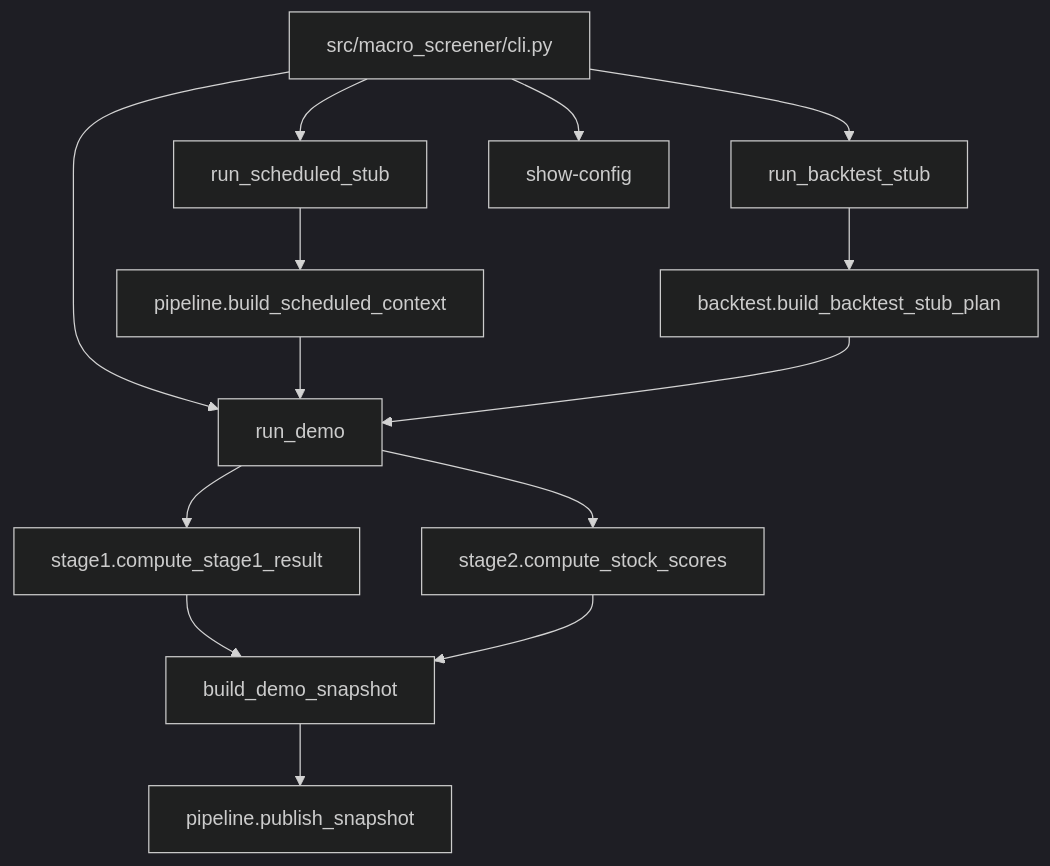
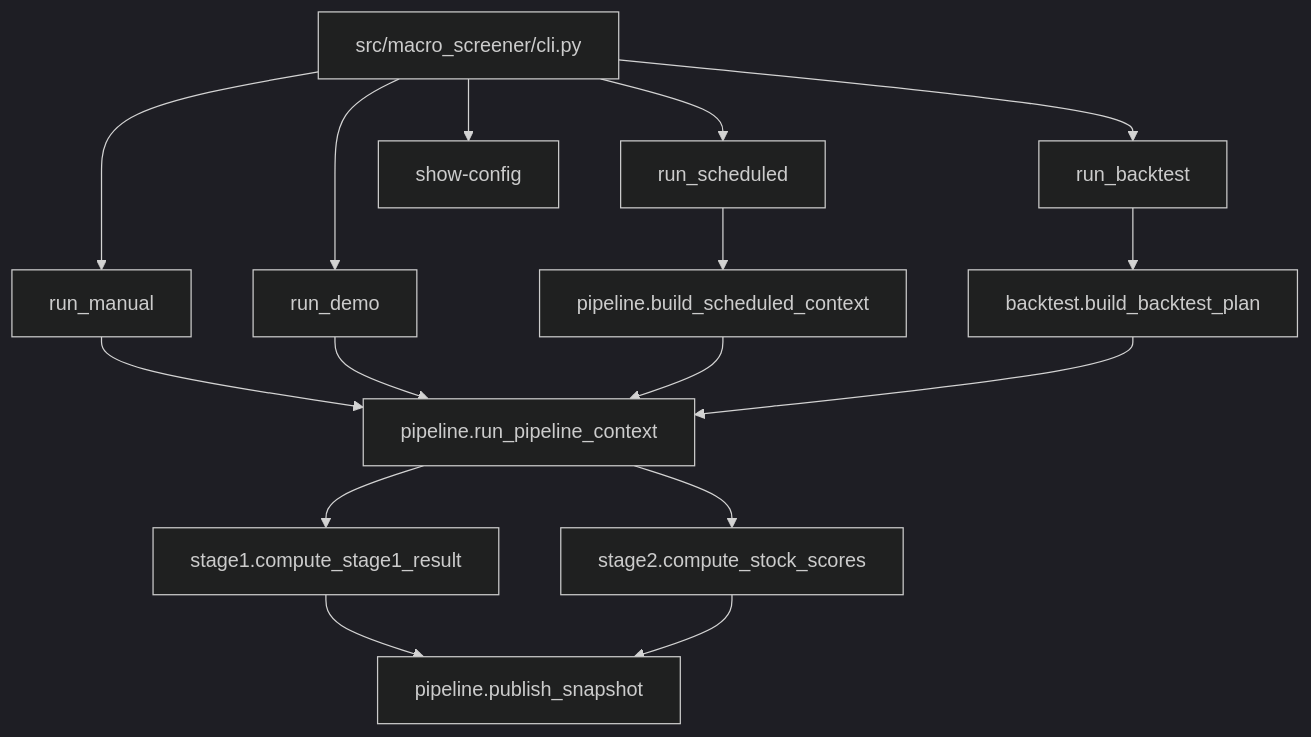
Before and after one commit to PJH-02/macro: the second of 3 diagrams in README.md, drawn with Mermaid (dark theme). The commit also changed other lines of this file and 26 other files, not shown here.

````diff
--- a/README.md
+++ b/README.md
@@ -186,19 +194,20 @@
 ```mermaid
 flowchart TD
-    CLI[src/macro_screener/cli.py] --> DEMO[run_demo]
-    CLI --> SCHED[run_scheduled_stub]
-    CLI --> BT[run_backtest_stub]
+    CLI[src/macro_screener/cli.py] --> MANUAL[run_manual]
+    CLI --> DEMO[run_demo]
+    CLI --> SCHED[run_scheduled]
+    CLI --> BT[run_backtest]
     CLI --> CFG[show-config]
 
-    DEMO --> STAGE1[stage1.compute_stage1_result]
-    DEMO --> STAGE2[stage2.compute_stock_scores]
-    STAGE1 --> SNAP[build_demo_snapshot]
-    STAGE2 --> SNAP
-    SNAP --> PUB[pipeline.publish_snapshot]
+    MANUAL --> PIPE[pipeline.run_pipeline_context]
+    DEMO --> PIPE
+    SCHED --> CTX[pipeline.build_scheduled_context]
+    CTX --> PIPE
+    BT --> PLAN[backtest.build_backtest_plan]
+    PLAN --> PIPE
 
-    SCHED --> CTX[pipeline.build_scheduled_context]
-    CTX --> DEMO
-
-    BT --> PLAN[backtest.build_backtest_stub_plan]
-    PLAN --> DEMO
+    PIPE --> STAGE1[stage1.compute_stage1_result]
+    PIPE --> STAGE2[stage2.compute_stock_scores]
+    STAGE1 --> PUB[pipeline.publish_snapshot]
+    STAGE2 --> PUB
 ```
````
